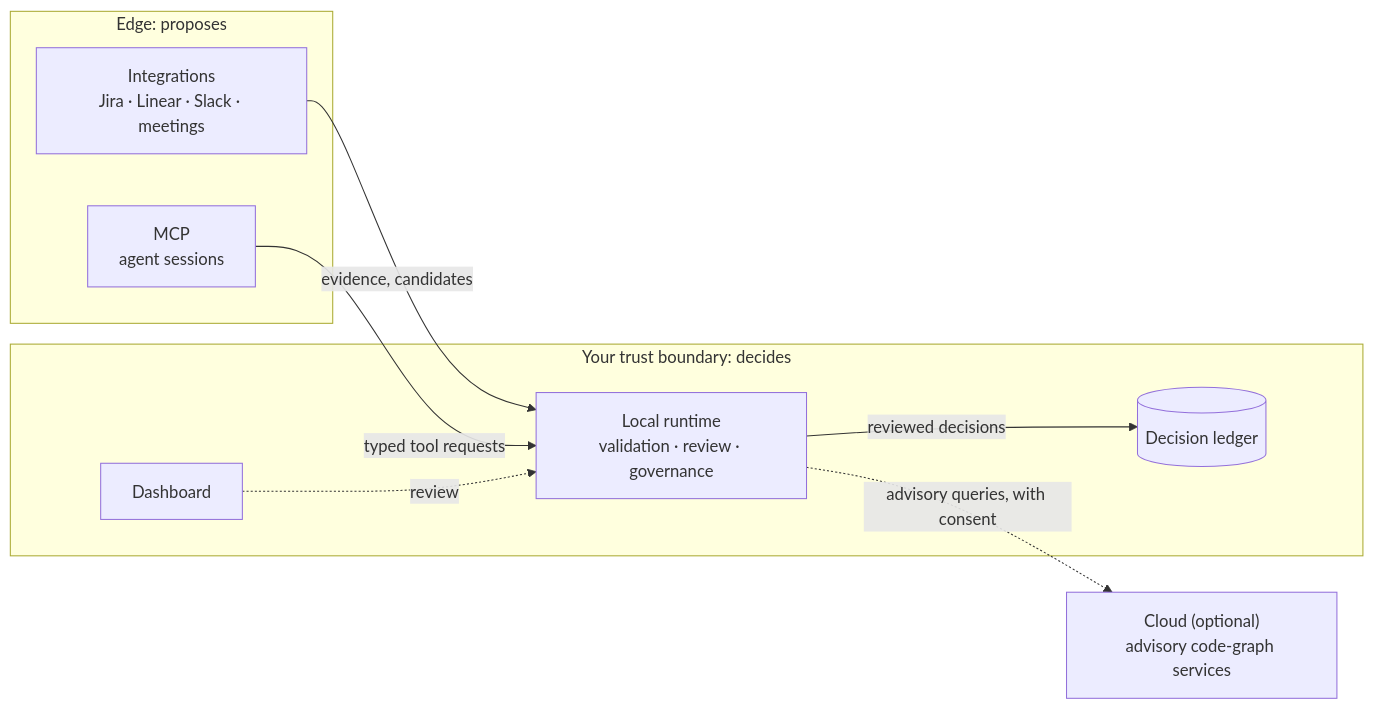
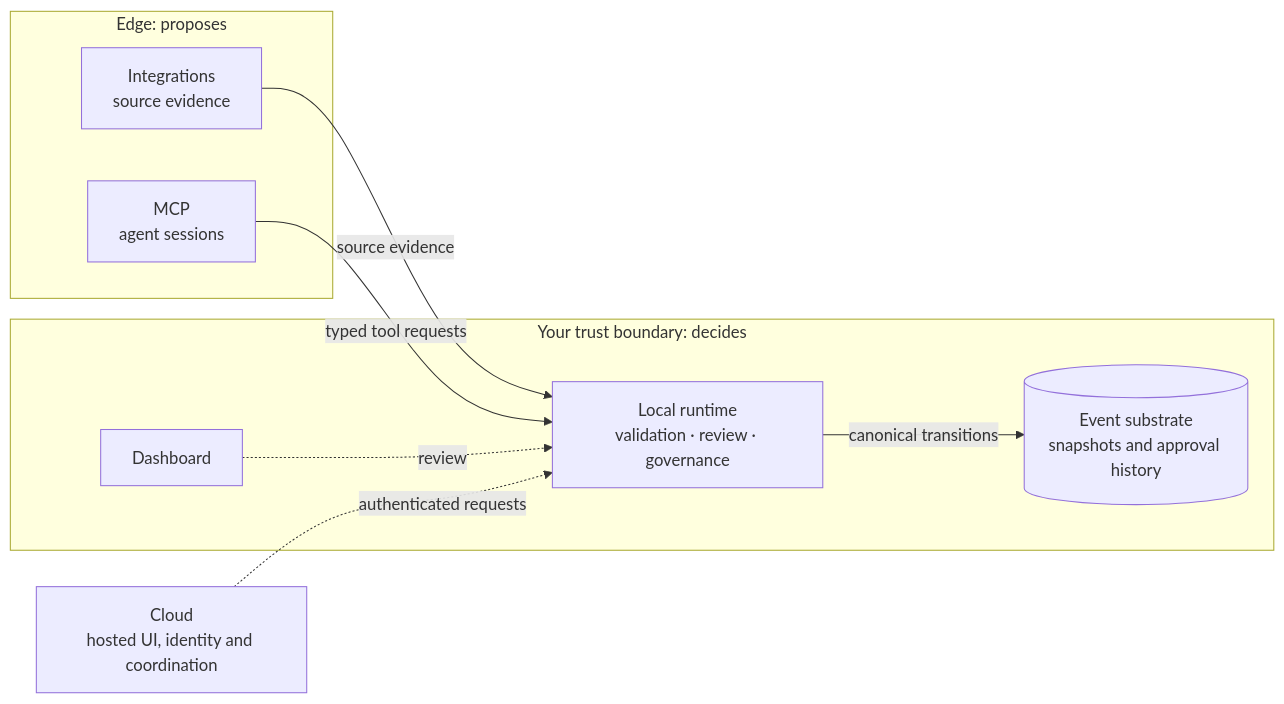
Before and after one commit to BicameralAI/bicameral: the diagram in README.md, drawn with Mermaid. The commit also changed other lines of this file and 4 other files, not shown here.

````diff
--- a/README.md
+++ b/README.md
@@ -52,19 +59,19 @@
 ```mermaid
 flowchart LR
     subgraph edge["Edge: proposes"]
-        I["Integrations<br/>Jira · Linear · Slack · meetings"]
+        I["Integrations<br/>source evidence"]
         M["MCP<br/>agent sessions"]
     end
     subgraph local["Your trust boundary: decides"]
         R["Local runtime<br/>validation · review · governance"]
-        L[("Decision ledger")]
+        L[("Event substrate<br/>snapshots and approval history")]
         D["Dashboard"]
     end
-    C["Cloud (optional)<br/>advisory code-graph services"]
+    C["Cloud<br/>hosted UI, identity and coordination"]
 
-    I -- "evidence, candidates" --> R
+    I -- "source evidence" --> R
     M -- "typed tool requests" --> R
-    R -- "reviewed decisions" --> L
+    R -- "canonical transitions" --> L
     D -. "review" .-> R
-    R -. "advisory queries, with consent" .-> C
+    C -. "authenticated requests" .-> R
 ```
````
